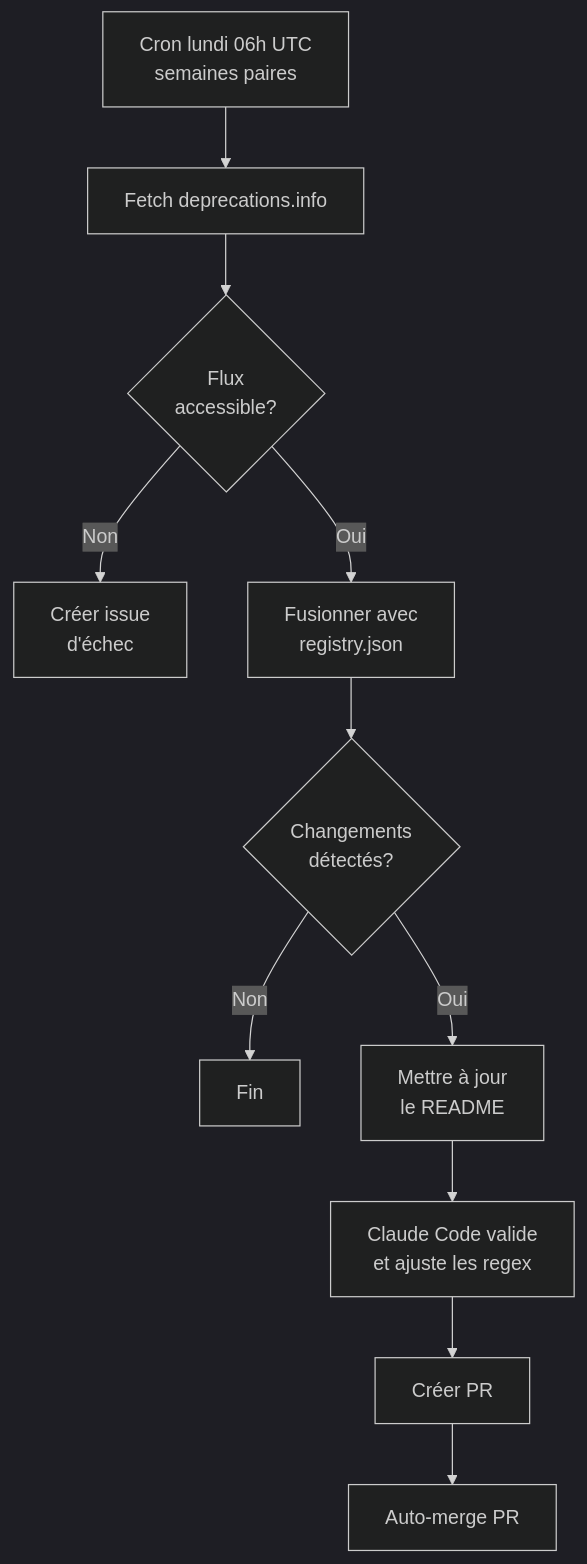
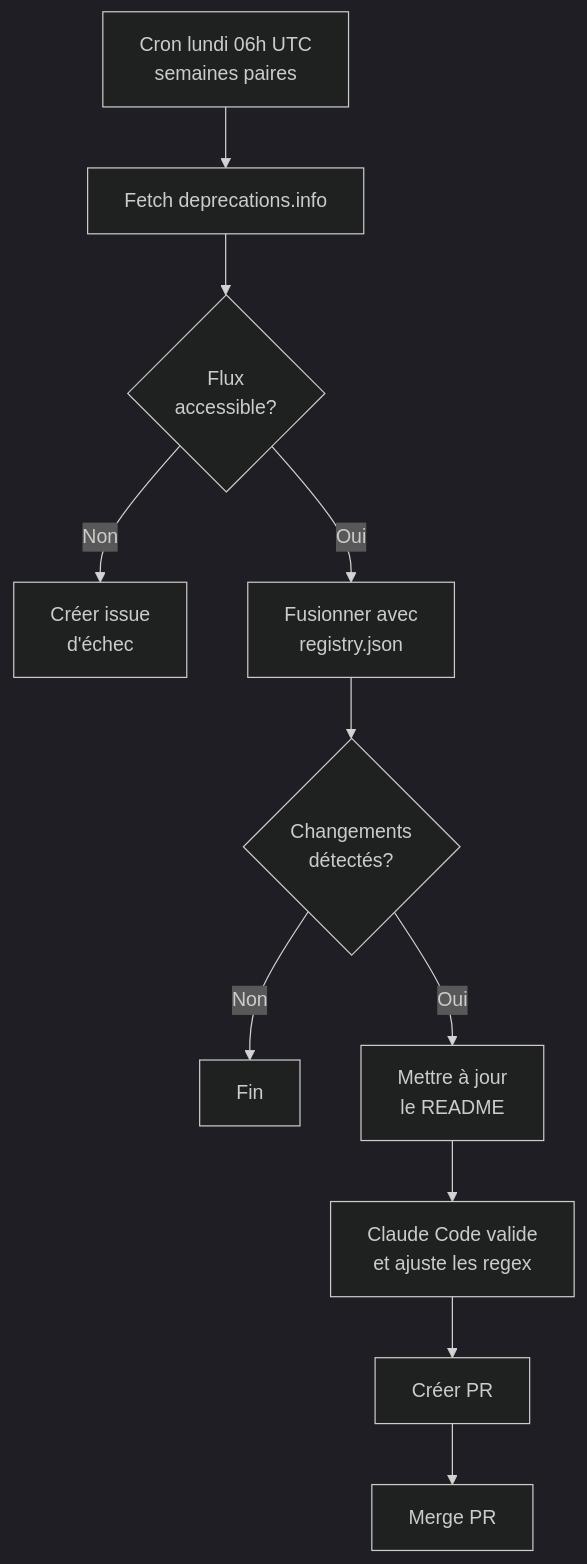
One commit to Baseline-quebec/tracking-llm-discontinued changed the second of 2 diagrams in README.md. Above: the diagram before and after it, drawn with Mermaid (dark theme). The commit also changed other lines of this file and 1 other file, not shown here.

Commit message:
fix: utiliser --admin merge au lieu de --auto (#13)
Auto-merge n'est pas activé sur le repo. Utilise --admin pour
merger directement la PR.

````diff
--- a/README.md
+++ b/README.md
@@ -102,13 +102,13 @@
 ```mermaid
 flowchart TD
     A[Cron lundi 06h UTC<br>semaines paires] --> B[Fetch deprecations.info]
     B --> C{Flux<br>accessible?}
     C -->|Non| D[Créer issue<br>d'échec]
     C -->|Oui| E[Fusionner avec<br>registry.json]
     E --> F{Changements<br>détectés?}
     F -->|Non| G[Fin]
     F -->|Oui| H[Mettre à jour<br>le README]
     H --> I[Claude Code valide<br>et ajuste les regex]
     I --> J[Créer PR]
-    J --> K[Auto-merge PR]
+    J --> K[Merge PR]
 ```
````
